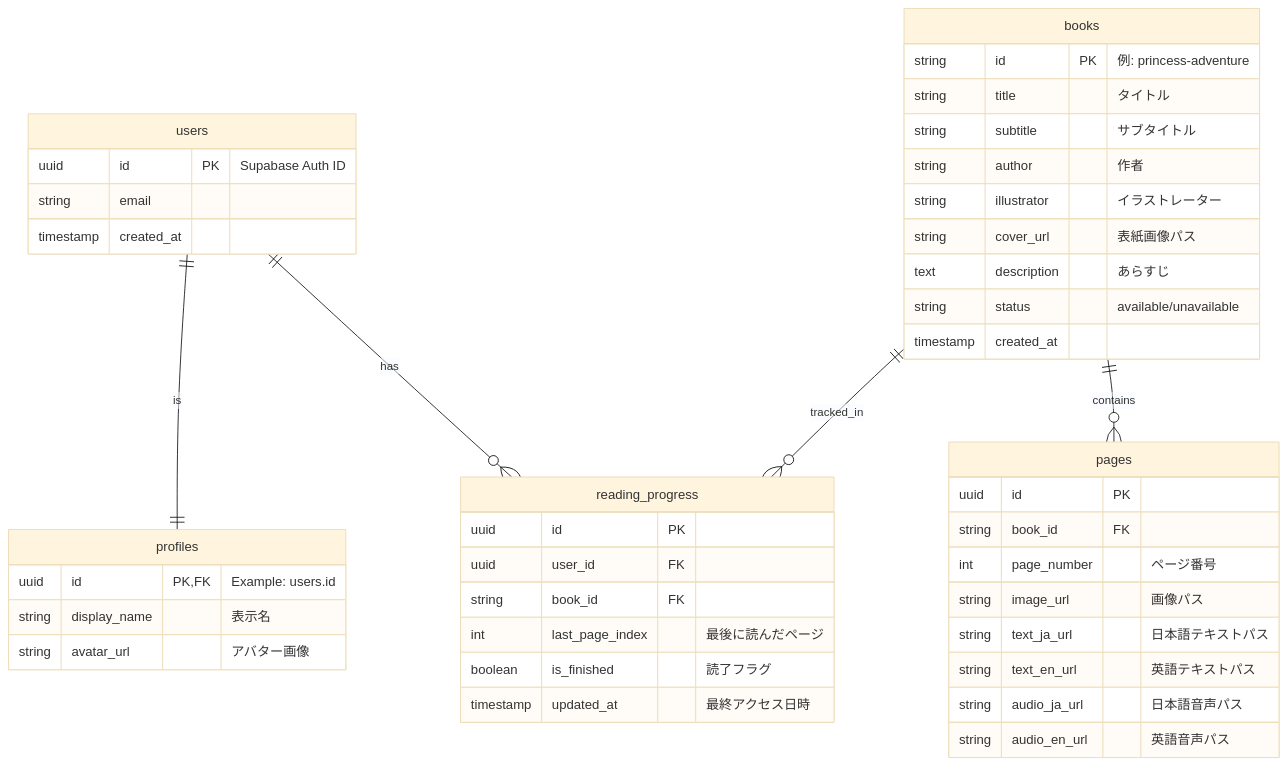
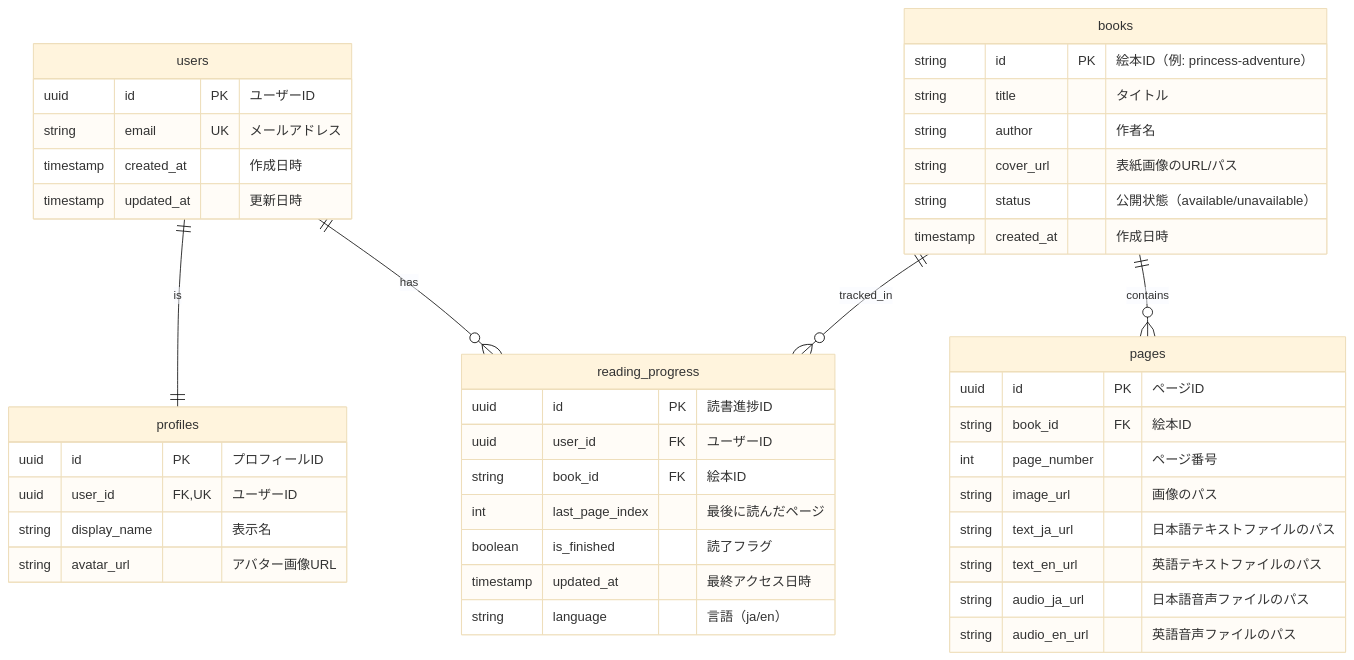
The diagram in docs/ER_diagram.md (sakuran00/storybook-reader), drawn with Mermaid (base theme) before and after one commit. The commit also changed 6 other files, not shown here.

Commit message:
ER図・テーブル定義書更新、prismaインストール

````diff
--- a/docs/ER_diagram.md
+++ b/docs/ER_diagram.md
@@ -1,51 +1,51 @@
 ```mermaid
 erDiagram
     users ||--|| profiles : "is"
     users ||--o{ reading_progress : "has"
     books ||--o{ pages : "contains"
     books ||--o{ reading_progress : "tracked_in"
 
     users {
-        uuid id PK "Supabase Auth ID"
-        string email
-        timestamp created_at
+        uuid id PK "ユーザーID"
+        string email UK "メールアドレス"
+        timestamp created_at "作成日時"
+        timestamp updated_at "更新日時"
     }
 
     profiles {
-        uuid id PK, FK "Example: users.id"
+        uuid id PK "プロフィールID"
+        uuid user_id FK, UK "ユーザーID"
         string display_name "表示名"
-        string avatar_url "アバター画像"
+        string avatar_url "アバター画像URL"
     }
 
     books {
-        string id PK "例: princess-adventure"
+        string id PK "絵本ID（例: princess-adventure）"
         string title "タイトル"
-        string subtitle "サブタイトル"
-        string author "作者"
-        string illustrator "イラストレーター"
-        string cover_url "表紙画像パス"
-        text description "あらすじ"
-        string status "available/unavailable"
-        timestamp created_at
+        string author "作者名"
+        string cover_url "表紙画像のURL/パス"
+        string status "公開状態（available/unavailable）"
+        timestamp created_at "作成日時"
     }
 
     pages {
-        uuid id PK
-        string book_id FK
+        uuid id PK "ページID"
+        string book_id FK "絵本ID"
         int page_number "ページ番号"
-        string image_url "画像パス"
-        string text_ja_url "日本語テキストパス"
-        string text_en_url "英語テキストパス"
-        string audio_ja_url "日本語音声パス"
-        string audio_en_url "英語音声パス"
+        string image_url "画像のパス"
+        string text_ja_url "日本語テキストファイルのパス"
+        string text_en_url "英語テキストファイルのパス"
+        string audio_ja_url "日本語音声ファイルのパス"
+        string audio_en_url "英語音声ファイルのパス"
     }
 
     reading_progress {
-        uuid id PK
-        uuid user_id FK
-        string book_id FK
+        uuid id PK "読書進捗ID"
+        uuid user_id FK "ユーザーID"
+        string book_id FK "絵本ID"
         int last_page_index "最後に読んだページ"
         boolean is_finished "読了フラグ"
         timestamp updated_at "最終アクセス日時"
+        string language "言語（ja/en）"
     }
 ```
````
